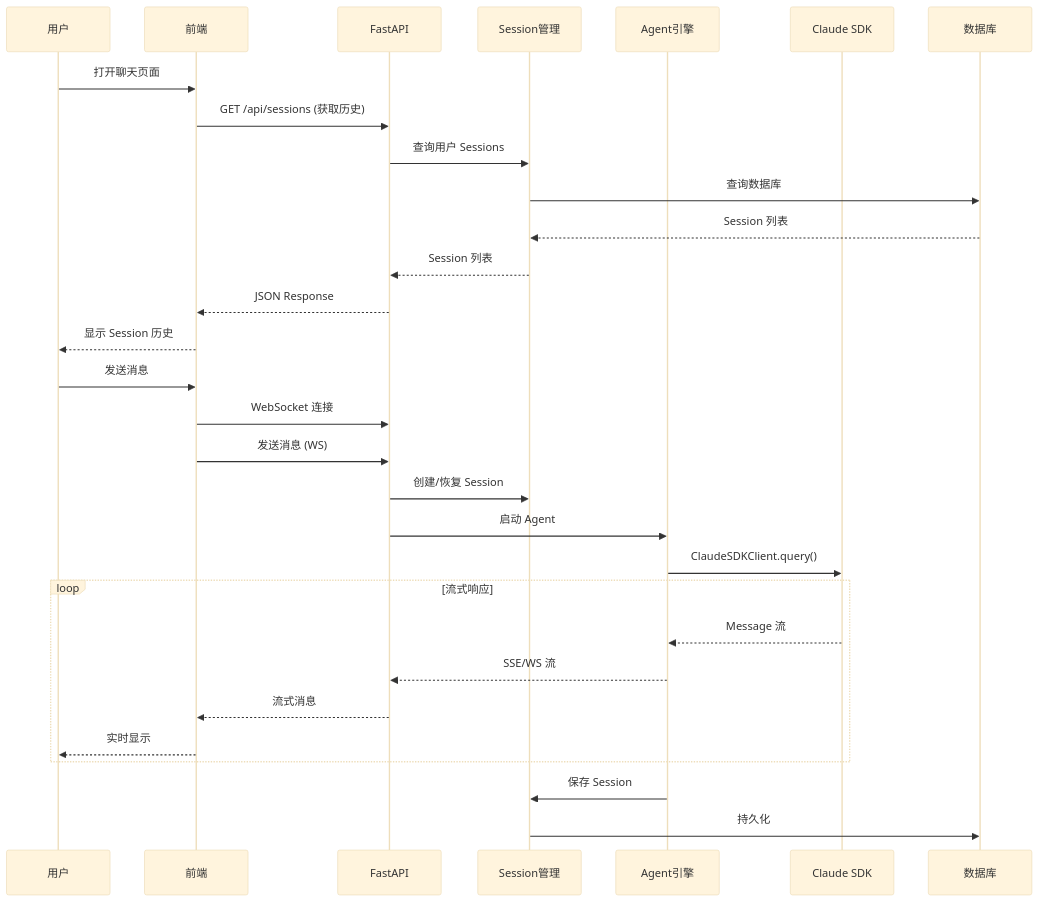
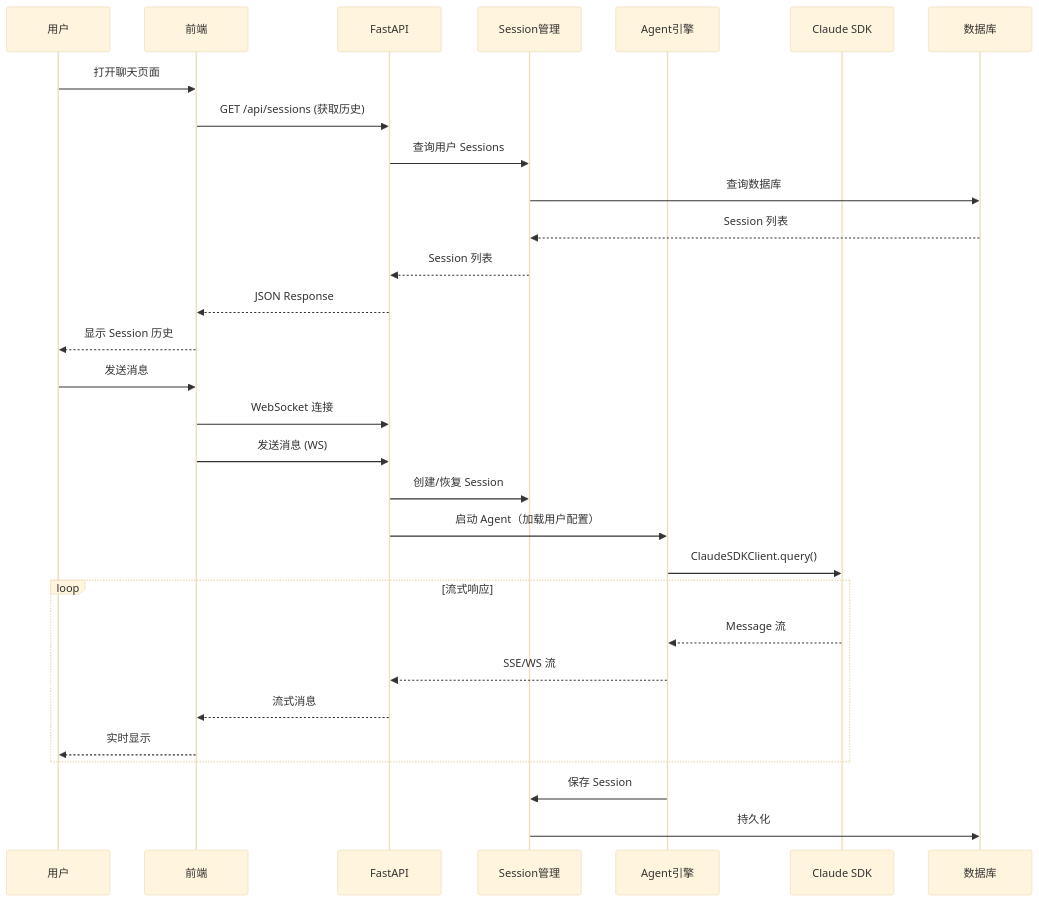
One commit to xiaocaipi/mm-doc changed the third of 8 diagrams in agent/agent_project_design.md. Above: the diagram before and after it, drawn with Mermaid (base theme). The commit also changed other lines of this file, not shown here.

````diff
--- a/agent/agent_project_design.md
+++ b/agent/agent_project_design.md
@@ -210,36 +216,36 @@
 ```mermaid
 sequenceDiagram
     participant User as 用户
     participant Frontend as 前端
     participant API as FastAPI
     participant SessionMgr as Session管理
     participant Agent as Agent引擎
     participant SDK as Claude SDK
     participant DB as 数据库
 
     User->>Frontend: 打开聊天页面
     Frontend->>API: GET /api/sessions (获取历史)
     API->>SessionMgr: 查询用户 Sessions
     SessionMgr->>DB: 查询数据库
     DB-->>SessionMgr: Session 列表
     SessionMgr-->>API: Session 列表
     API-->>Frontend: JSON Response
     Frontend-->>User: 显示 Session 历史
 
     User->>Frontend: 发送消息
     Frontend->>API: WebSocket 连接
     Frontend->>API: 发送消息 (WS)
     API->>SessionMgr: 创建/恢复 Session
-    API->>Agent: 启动 Agent
+    API->>Agent: 启动 Agent（加载用户配置）
     Agent->>SDK: ClaudeSDKClient.query()
     
     loop 流式响应
         SDK-->>Agent: Message 流
         Agent-->>API: SSE/WS 流
         API-->>Frontend: 流式消息
         Frontend-->>User: 实时显示
     end
     
     Agent->>SessionMgr: 保存 Session
     SessionMgr->>DB: 持久化
 ```
````
